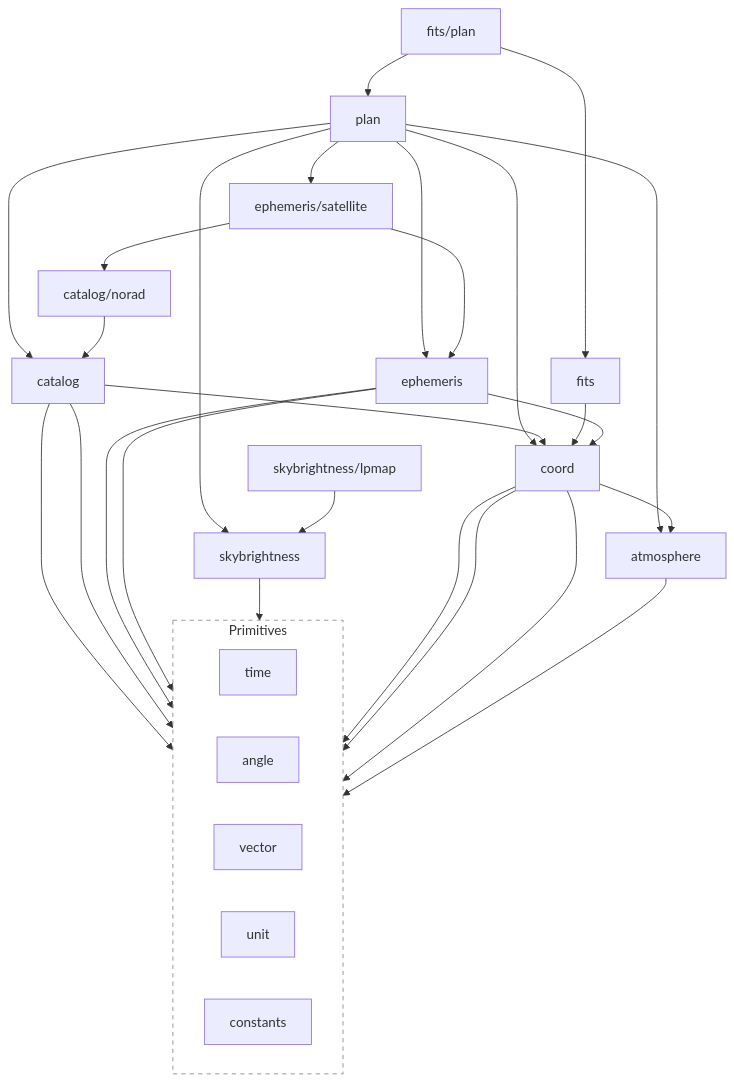
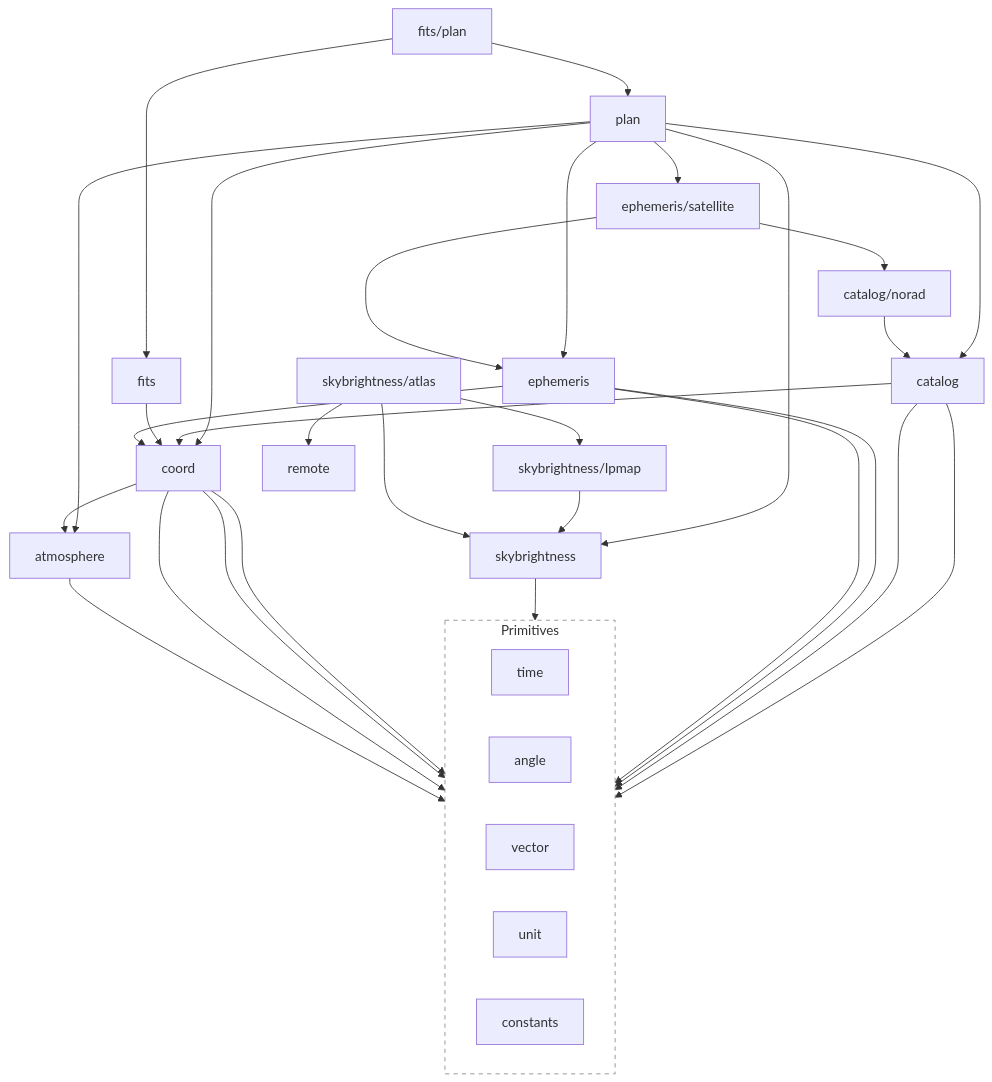
The diagram in README.md (TuSKan/astrogo), drawn with Mermaid before and after one commit. The commit also changed other lines of this file and 27 other files, not shown here.

First line of the commit message:
feat(skybrightness): light-pollution atlas downloads, layer resolver, LZW GeoTIFF

````diff
--- a/README.md
+++ b/README.md
@@ -547,63 +562,67 @@
 ```mermaid
 flowchart TD
     %% High-level Orchestration
     plan[plan]
     catalog[catalog]
     fitsplan["fits/plan"]
 
     %% Scientific Engines
     ephemeris[ephemeris]
     coord[coord]
     atmosphere[atmosphere]
     fits[fits]
     skybrightness[skybrightness]
 
     %% Data Providers
     lpmap["skybrightness/lpmap"]
+    atlas["skybrightness/atlas"]
 
     %% Primitive Foundation
     subgraph Primitives
         direction LR
         time[time]
         angle[angle]
         vector[vector]
         unit[unit]
         constants[constants]
     end
 
     %% Dependency mappings (Top-Down: A imports B)
     plan --> coord
     plan --> ephemeris
     plan --> catalog
     plan --> atmosphere
     plan --> skybrightness
 
     fitsplan --> fits
     fitsplan --> plan
 
     catalog --> coord
     catalog --> time
     catalog --> angle
 
     fits --> coord
 
     ephemeris --> time
     ephemeris --> vector
     ephemeris --> coord
     satellite["ephemeris/satellite"] --> ephemeris
     satellite --> norad
     norad["catalog/norad"] --> catalog
     plan --> satellite
 
     skybrightness --> angle
     lpmap --> skybrightness
+    atlas --> skybrightness
+    atlas --> lpmap
+    atlas --> remote
 
     coord --> atmosphere
     coord --> time
     coord --> vector
     coord --> angle
 
     atmosphere --> angle
 
     style Primitives fill:transparent,stroke:#888,stroke-dasharray: 5 5
 ```
````
